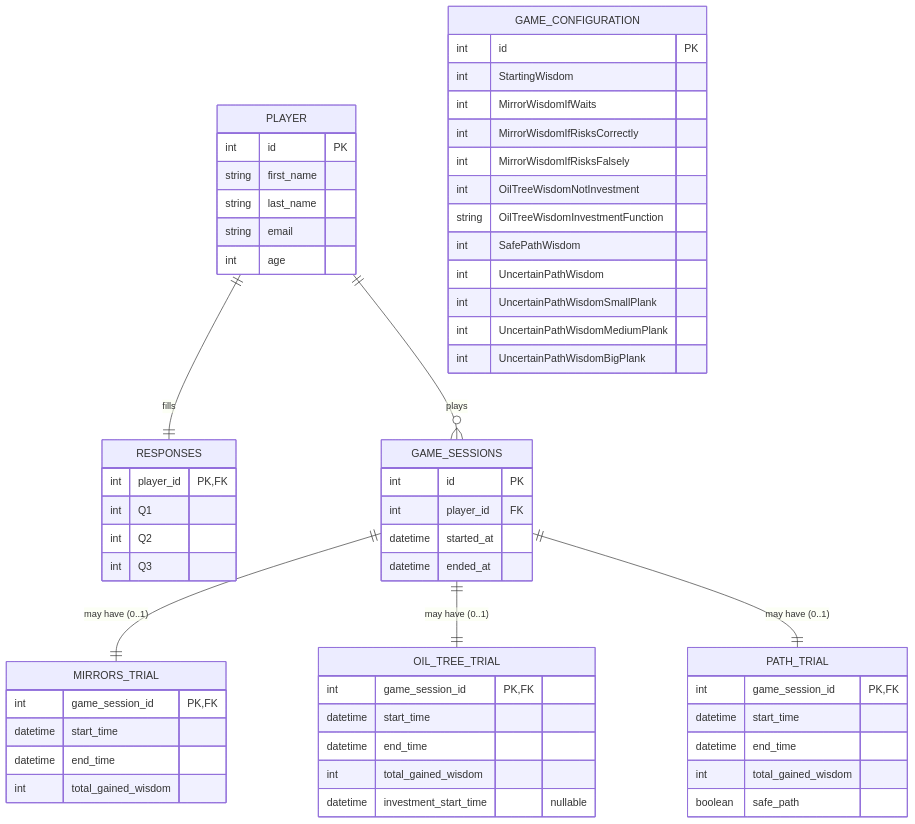
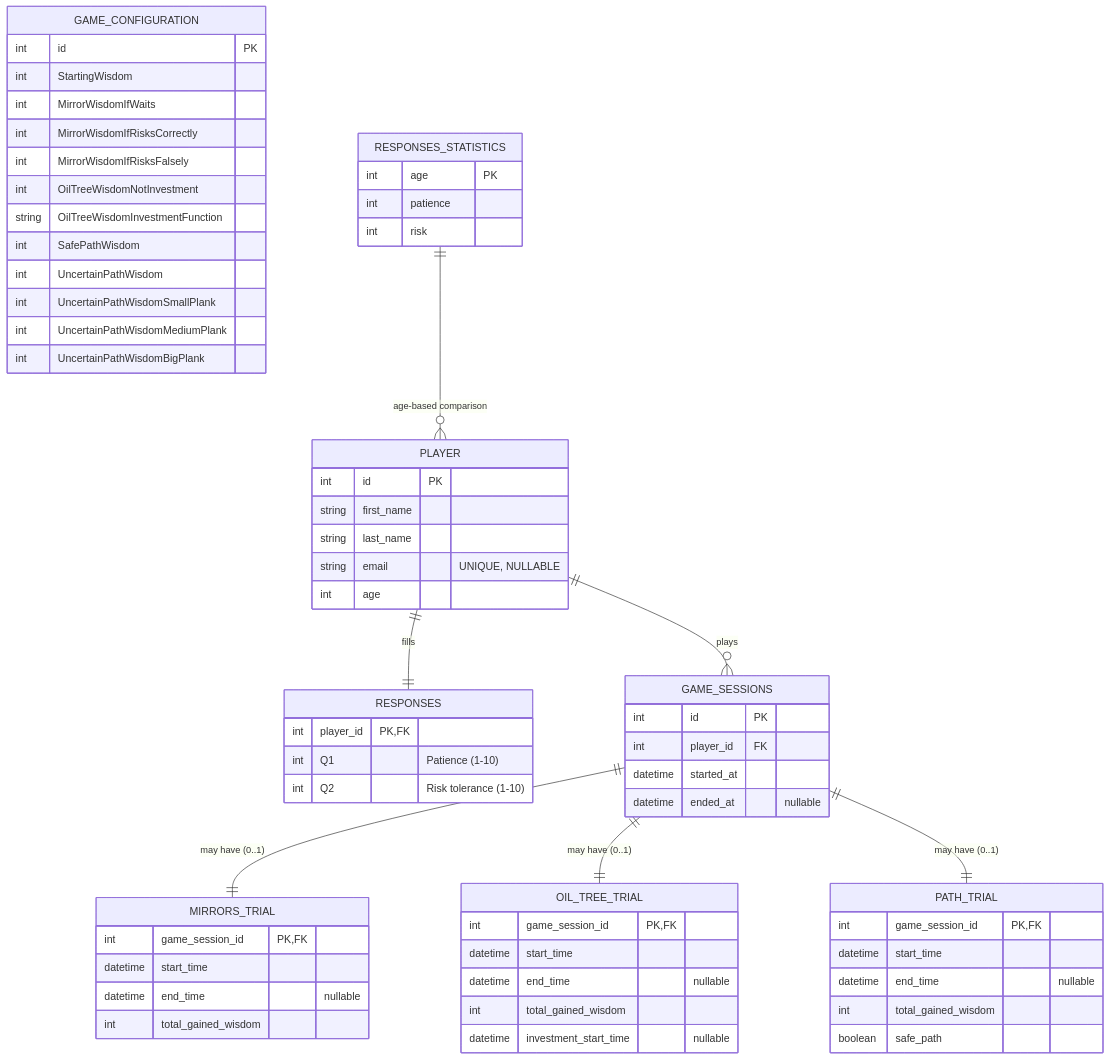
Before and after one commit to dgodolias/AthensSecret_VR-MR_Game: the diagram in docs/relationships.md, drawn with Mermaid. The commit also changed other lines of this file and 2 other files, not shown here.

````diff
--- a/docs/relationships.md
+++ b/docs/relationships.md
@@ -3,68 +3,74 @@
 ```mermaid
 erDiagram
   PLAYER {
     int id PK
     string first_name
     string last_name
-    string email
+    string email "UNIQUE, NULLABLE"
     int age
   }
 
   RESPONSES {
     int player_id PK, FK
-    int Q1
-    int Q2
-    int Q3
+    int Q1 "Patience (1-10)"
+    int Q2 "Risk tolerance (1-10)"
   }
 
   GAME_SESSIONS {
     int id PK
     int player_id FK
     datetime started_at
-    datetime ended_at
+    datetime ended_at "nullable"
   }
 
   MIRRORS_TRIAL {
     int game_session_id PK, FK
     datetime start_time
-    datetime end_time
+    datetime end_time "nullable"
     int total_gained_wisdom
   }
 
   OIL_TREE_TRIAL {
     int game_session_id PK, FK
     datetime start_time
-    datetime end_time
+    datetime end_time "nullable"
     int total_gained_wisdom
     datetime investment_start_time "nullable"
   }
 
   PATH_TRIAL {
     int game_session_id PK, FK
     datetime start_time
-    datetime end_time
+    datetime end_time "nullable"
     int total_gained_wisdom
     boolean safe_path
   }
 
   GAME_CONFIGURATION {
     int id PK
     int StartingWisdom
     int MirrorWisdomIfWaits
     int MirrorWisdomIfRisksCorrectly
     int MirrorWisdomIfRisksFalsely
     int OilTreeWisdomNotInvestment
     string OilTreeWisdomInvestmentFunction
     int SafePathWisdom
     int UncertainPathWisdom
     int UncertainPathWisdomSmallPlank
     int UncertainPathWisdomMediumPlank
     int UncertainPathWisdomBigPlank
   }
 
+  RESPONSES_STATISTICS {
+    int age PK
+    int patience
+    int risk
+  }
+
   PLAYER ||--|| RESPONSES : "fills"
   PLAYER ||--o{ GAME_SESSIONS : "plays"
   GAME_SESSIONS ||--|| MIRRORS_TRIAL : "may have (0..1)"
   GAME_SESSIONS ||--|| OIL_TREE_TRIAL : "may have (0..1)"
   GAME_SESSIONS ||--|| PATH_TRIAL : "may have (0..1)"
+  RESPONSES_STATISTICS ||--o{ PLAYER : "age-based comparison"
 ```
````
